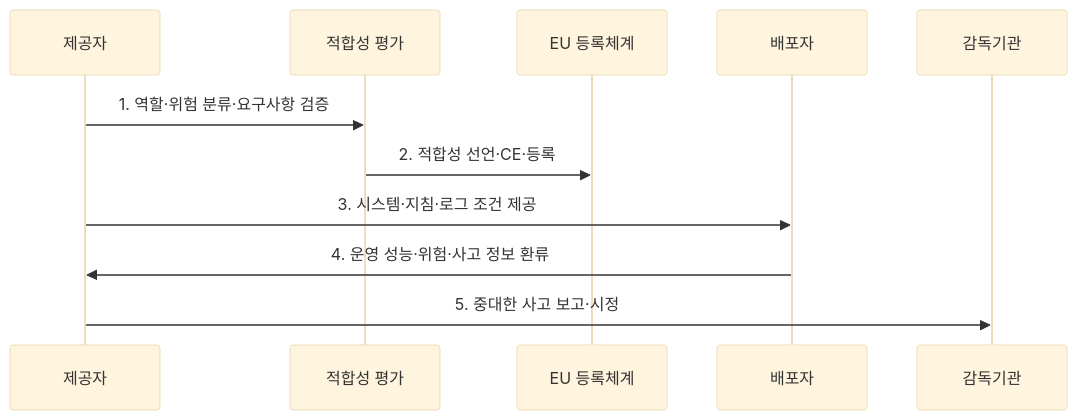
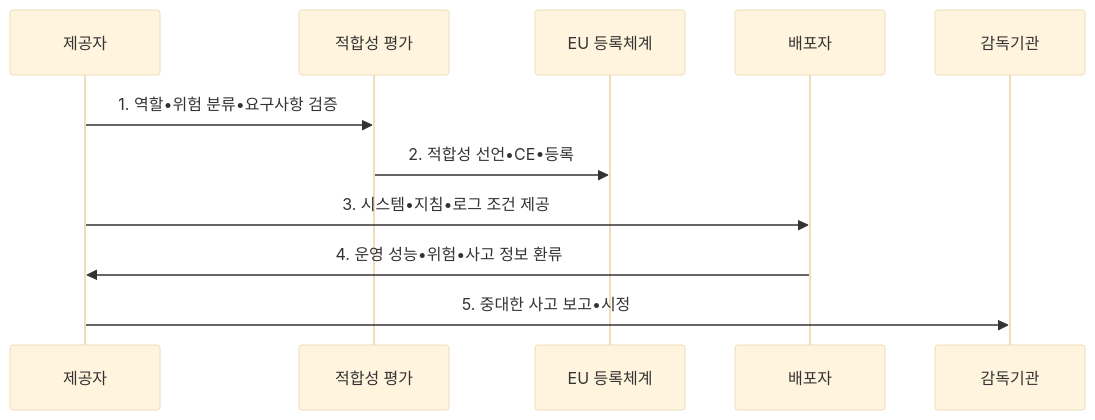
One commit to agnusdei1207/knowledge-base changed the second of 2 diagrams in src/content/docs/notes/07-law-policy/033_eu_ai_act.md. Above: the diagram before and after it, drawn with Mermaid (base theme). The commit also changed other lines of this file and 953 other files, not shown here.

````diff
--- a/src/content/docs/notes/07-law-policy/033_eu_ai_act.md
+++ b/src/content/docs/notes/07-law-policy/033_eu_ai_act.md
@@ -110,13 +110,13 @@
 ```mermaid
 sequenceDiagram
     participant P as 제공자
     participant C as 적합성 평가
     participant R as EU 등록체계
     participant U as 배포자
     participant A as 감독기관
-    P->>C: 1. 역할·위험 분류·요구사항 검증
-    C->>R: 2. 적합성 선언·CE·등록
-    P->>U: 3. 시스템·지침·로그 조건 제공
-    U->>P: 4. 운영 성능·위험·사고 정보 환류
-    P->>A: 5. 중대한 사고 보고·시정
+    P->>C: 1. 역할•위험 분류•요구사항 검증
+    C->>R: 2. 적합성 선언•CE•등록
+    P->>U: 3. 시스템•지침•로그 조건 제공
+    U->>P: 4. 운영 성능•위험•사고 정보 환류
+    P->>A: 5. 중대한 사고 보고•시정
 ```
````
